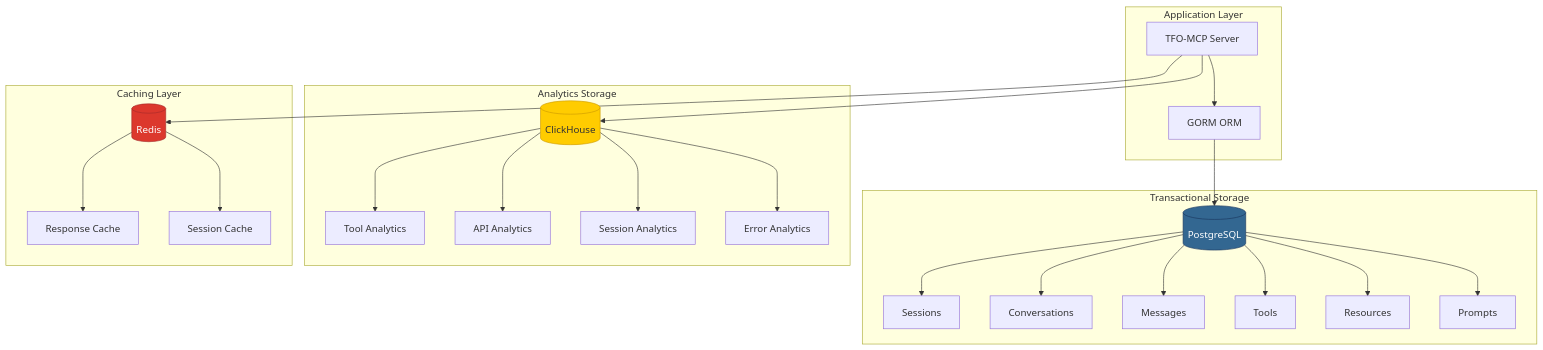
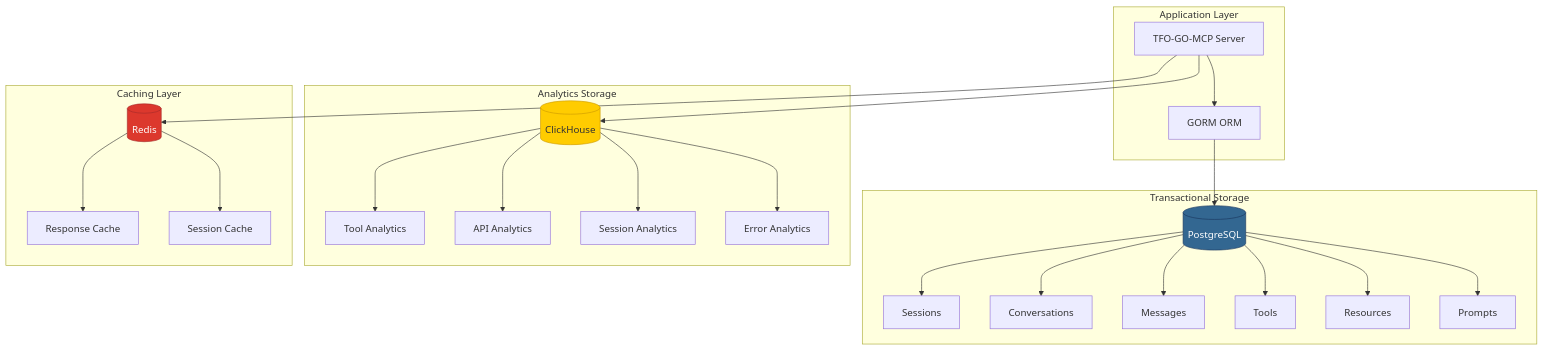
Diagram 23 of 30 in docs/ARCHITECTURE.md (telemetryflow/telemetryflow-mcp), drawn with Mermaid before and after one commit. The commit also changed other lines of this file and 81 other files, not shown here.

Commit message:
fix: Refactoring TFO-MCP to TFO-GO-MCP

````diff
--- a/docs/ARCHITECTURE.md
+++ b/docs/ARCHITECTURE.md
@@ -1047,55 +1047,55 @@
 ```mermaid
 graph TB
     subgraph "Application Layer"
-        MCP[TFO-MCP Server]
+        MCP[TFO-GO-MCP Server]
         GORM[GORM ORM]
     end
 
     subgraph "Transactional Storage"
         PG[(PostgreSQL)]
         PG_SESSIONS[Sessions]
         PG_CONV[Conversations]
         PG_MSG[Messages]
         PG_TOOLS[Tools]
         PG_RES[Resources]
         PG_PROMPTS[Prompts]
     end
 
     subgraph "Analytics Storage"
         CH[(ClickHouse)]
         CH_TOOL[Tool Analytics]
         CH_API[API Analytics]
         CH_SESSION[Session Analytics]
         CH_ERROR[Error Analytics]
     end
 
     subgraph "Caching Layer"
         REDIS[(Redis)]
         REDIS_CACHE[Response Cache]
         REDIS_SESSION[Session Cache]
     end
 
     MCP --> GORM
     GORM --> PG
     MCP --> CH
     MCP --> REDIS
 
     PG --> PG_SESSIONS
     PG --> PG_CONV
     PG --> PG_MSG
     PG --> PG_TOOLS
     PG --> PG_RES
     PG --> PG_PROMPTS
 
     CH --> CH_TOOL
     CH --> CH_API
     CH --> CH_SESSION
     CH --> CH_ERROR
 
     REDIS --> REDIS_CACHE
     REDIS --> REDIS_SESSION
 
     style PG fill:#336791,stroke:#1A365D,color:#fff
     style CH fill:#FFCC00,stroke:#CC9900
     style REDIS fill:#DC382D,stroke:#A52A2A,color:#fff
 ```
````
